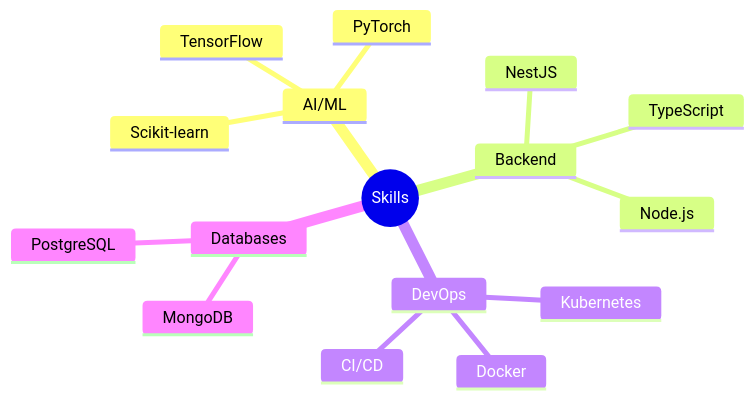
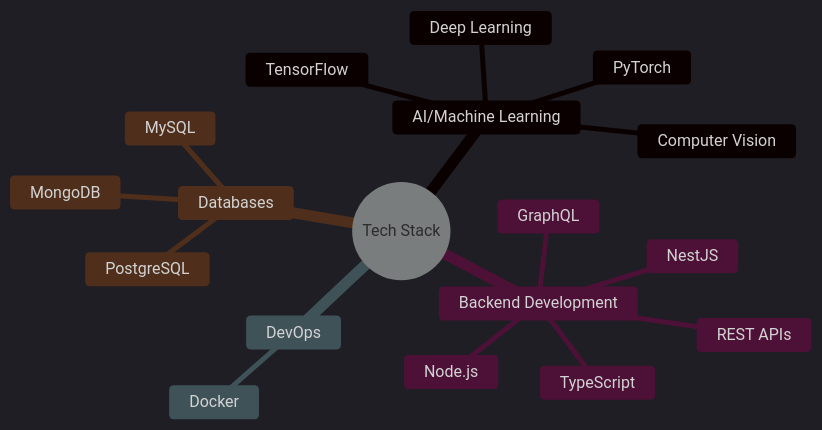
One commit to viethung20101/viethung20101 changed the diagram in README.md. Above: the diagram before and after it, drawn with Mermaid. The commit also changed other lines of this file, not shown here.

````diff
--- a/README.md
+++ b/README.md
@@ -25,19 +29,22 @@
 ```mermaid
+%%{init: {'theme': 'dark', 'themeVariables': { 'fontSize': '16px', 'fontFamily': 'Monaco' }}}%%
 mindmap
-  root((Skills))
-    AI/ML
+  root((Tech Stack))
+    AI/Machine Learning
       TensorFlow
       PyTorch
-      Scikit-learn
-    Backend
+      Computer Vision
+      Deep Learning
+    Backend Development
       NestJS
       TypeScript
       Node.js
+      REST APIs
+      GraphQL
     DevOps
       Docker
-      Kubernetes
-      CI/CD
     Databases
       MongoDB
       PostgreSQL
+      MySQL
 ```
````
